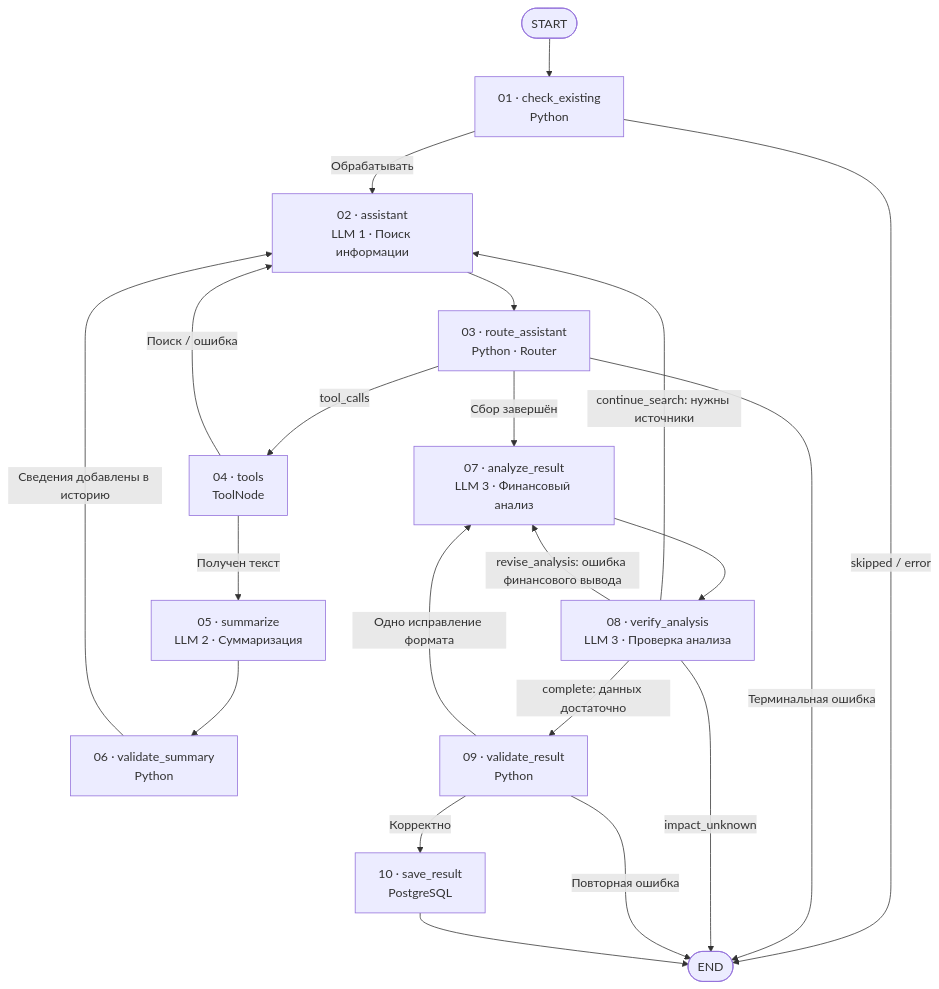
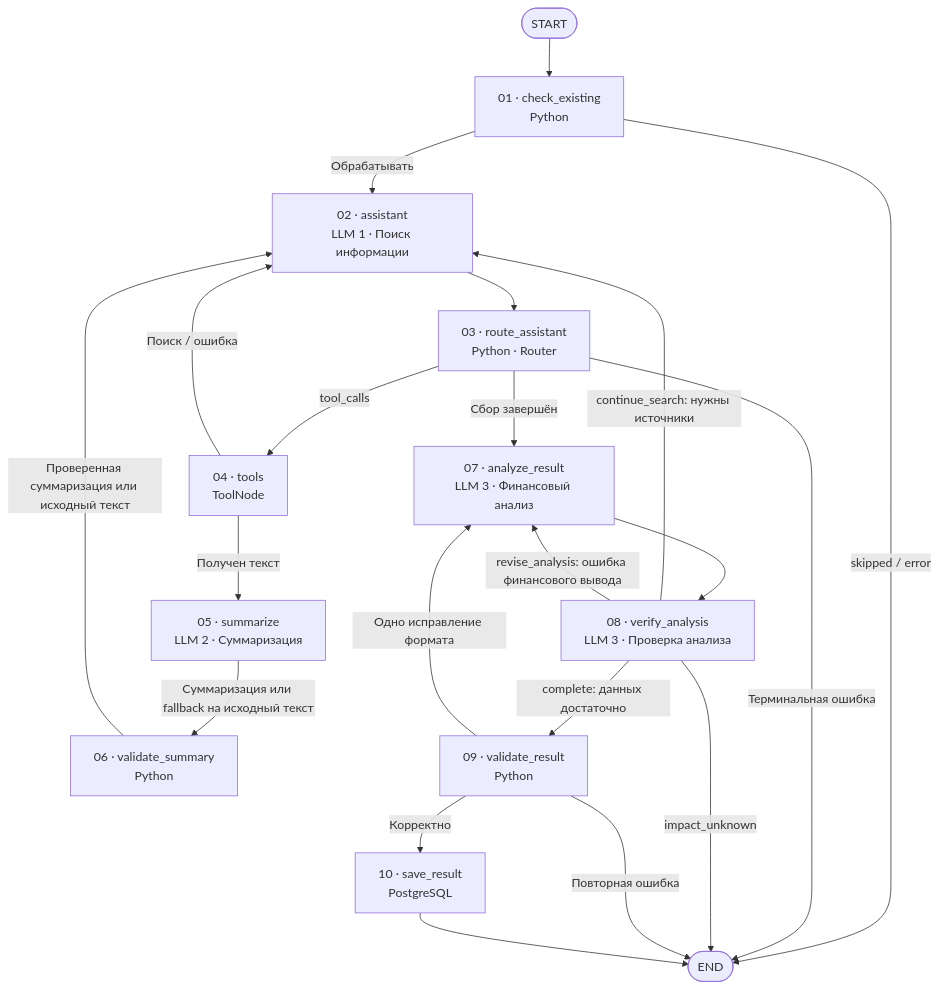
One commit to VetrovDmitry007/Codex changed the diagram in specs/analysis_news/issuer-news-agent-2026-11-02.md. Above: the diagram before and after it, drawn with Mermaid. The commit also changed other lines of this file, not shown here.

Commit message:
docs(analysis-news): define LLM failure handling and summary fallback (A4)

````diff
--- a/specs/analysis_news/issuer-news-agent-2026-11-02.md
+++ b/specs/analysis_news/issuer-news-agent-2026-11-02.md
@@ -67,28 +72,28 @@
 ```mermaid
 flowchart TD
     S([START]) --> N1["01 · check_existing<br/>Python"]
     N1 -->|Обрабатывать| N2["02 · assistant<br/>LLM 1 · Поиск информации"]
     N1 -->|skipped / error| E([END])
 
     N2 --> N3["03 · route_assistant<br/>Python · Router"]
     N3 -->|tool_calls| N4["04 · tools<br/>ToolNode"]
     N3 -->|Сбор завершён| N7["07 · analyze_result<br/>LLM 3 · Финансовый анализ"]
     N3 -->|Терминальная ошибка| E
 
     N4 -->|Получен текст| N5["05 · summarize<br/>LLM 2 · Суммаризация"]
     N4 -->|Поиск / ошибка| N2
 
-    N5 --> N6["06 · validate_summary<br/>Python"]
-    N6 -->|Сведения добавлены в историю| N2
+    N5 -->|Суммаризация или fallback на исходный текст| N6["06 · validate_summary<br/>Python"]
+    N6 -->|Проверенная суммаризация или исходный текст| N2
 
     N7 --> N8["08 · verify_analysis<br/>LLM 3 · Проверка анализа"]
     N8 -->|continue_search: нужны источники| N2
     N8 -->|revise_analysis: ошибка финансового вывода| N7
     N8 -->|complete: данных достаточно| N9["09 · validate_result<br/>Python"]
     N8 -->|impact_unknown| E
 
     N9 -->|Корректно| N10["10 · save_result<br/>PostgreSQL"]
     N9 -->|Одно исправление формата| N7
     N9 -->|Повторная ошибка| E
     N10 --> E
 ```
````
